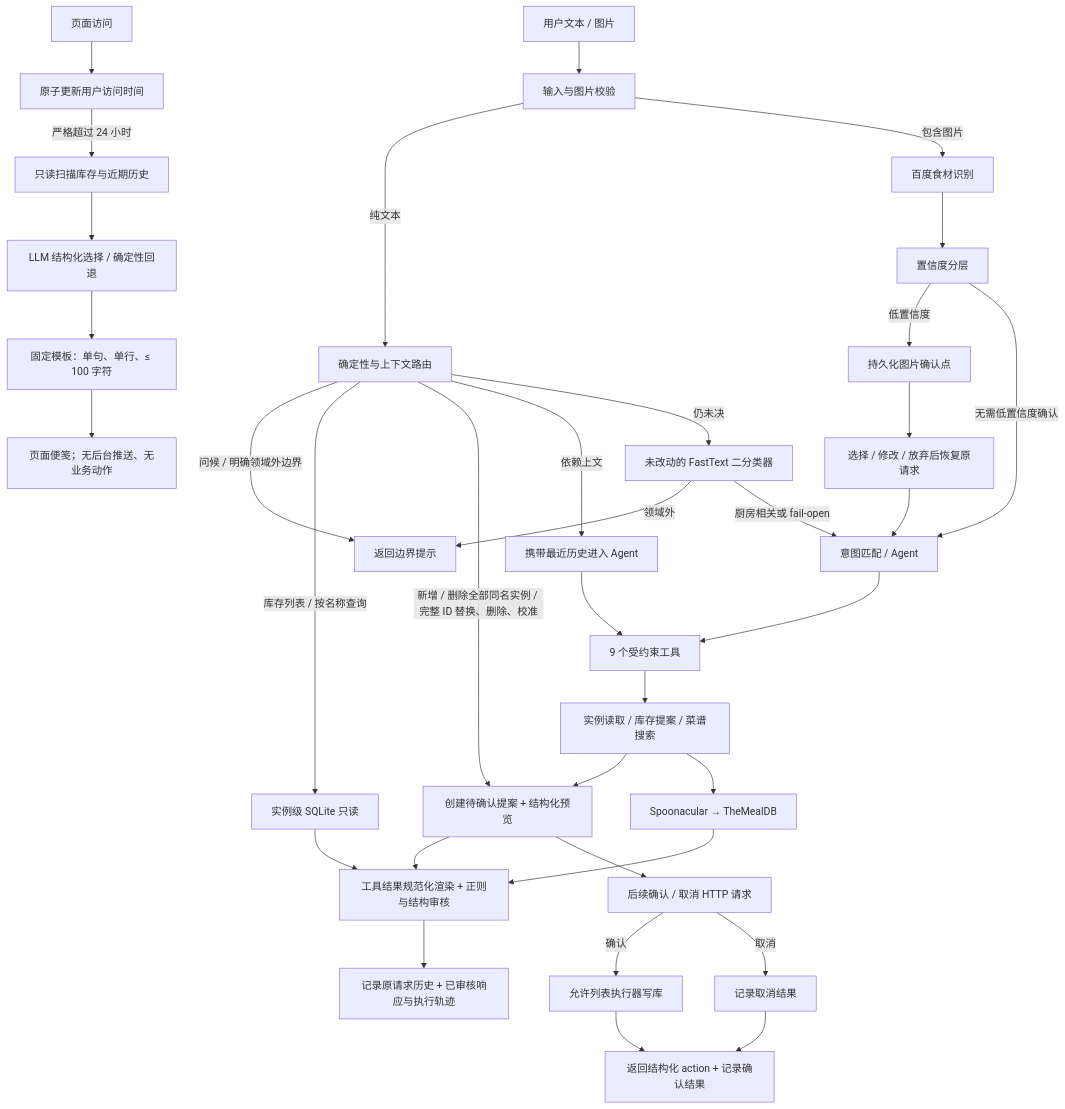
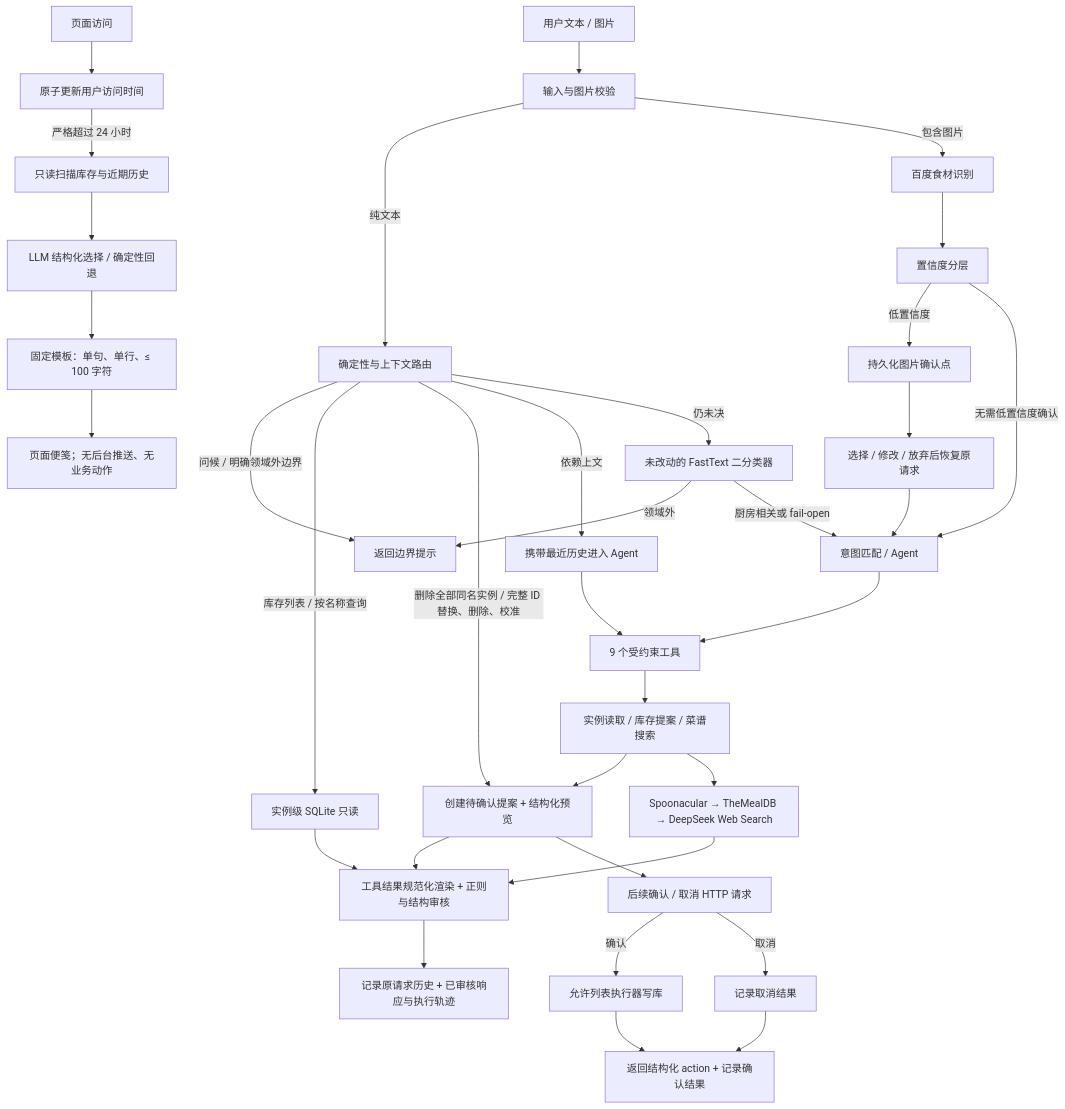
Before and after one commit to aicecould/kitchen_inventory_agent: the diagram in README.md, drawn with Mermaid. The commit also changed other lines of this file and 6 other files, not shown here.

Commit message:
加入 web search

````diff
--- a/README.md
+++ b/README.md
@@ -26,43 +26,43 @@
 ```mermaid
 flowchart TD
     A["用户文本 / 图片"] --> B["输入与图片校验"]
 
     B -->|纯文本| C["确定性与上下文路由"]
     C -->|问候 / 明确领域外边界| C1["返回边界提示"]
     C -->|库存列表 / 按名称查询| D["实例级 SQLite 只读"]
-    C -->|新增 / 删除全部同名实例 / 完整 ID 替换、删除、校准| E["创建待确认提案 + 结构化预览"]
+    C -->|删除全部同名实例 / 完整 ID 替换、删除、校准| E["创建待确认提案 + 结构化预览"]
     C -->|依赖上文| F["携带最近历史进入 Agent"]
     C -->|仍未决| G["未改动的 FastText 二分类器"]
     G -->|领域外| C1
     G -->|厨房相关或 fail-open| H["意图匹配 / Agent"]
 
     B -->|包含图片| I["百度食材识别"]
     I --> J["置信度分层"]
     J -->|低置信度| K["持久化图片确认点"]
     K --> L["选择 / 修改 / 放弃后恢复原请求"]
     J -->|无需低置信度确认| H
     L --> H
 
     F --> M["9 个受约束工具"]
     H --> M
     M --> N["实例读取 / 库存提案 / 菜谱搜索"]
     N --> E
-    N --> O["Spoonacular → TheMealDB"]
+    N --> O["Spoonacular → TheMealDB → DeepSeek Web Search"]
 
     D --> S["工具结果规范化渲染 + 正则与结构审核"]
     E --> S
     O --> S
     S --> T["记录原请求历史 + 已审核响应与执行轨迹"]
 
     E --> P["后续确认 / 取消 HTTP 请求"]
     P -->|确认| Q["允许列表执行器写库"]
     P -->|取消| R["记录取消结果"]
     Q --> T1["返回结构化 action + 记录确认结果"]
     R --> T1
 
     U["页面访问"] --> V["原子更新用户访问时间"]
     V -->|严格超过 24 小时| W["只读扫描库存与近期历史"]
     W --> X["LLM 结构化选择 / 确定性回退"]
     X --> Y["固定模板：单句、单行、≤ 100 字符"]
     Y --> Z["页面便笺；无后台推送、无业务动作"]
 ```
````
